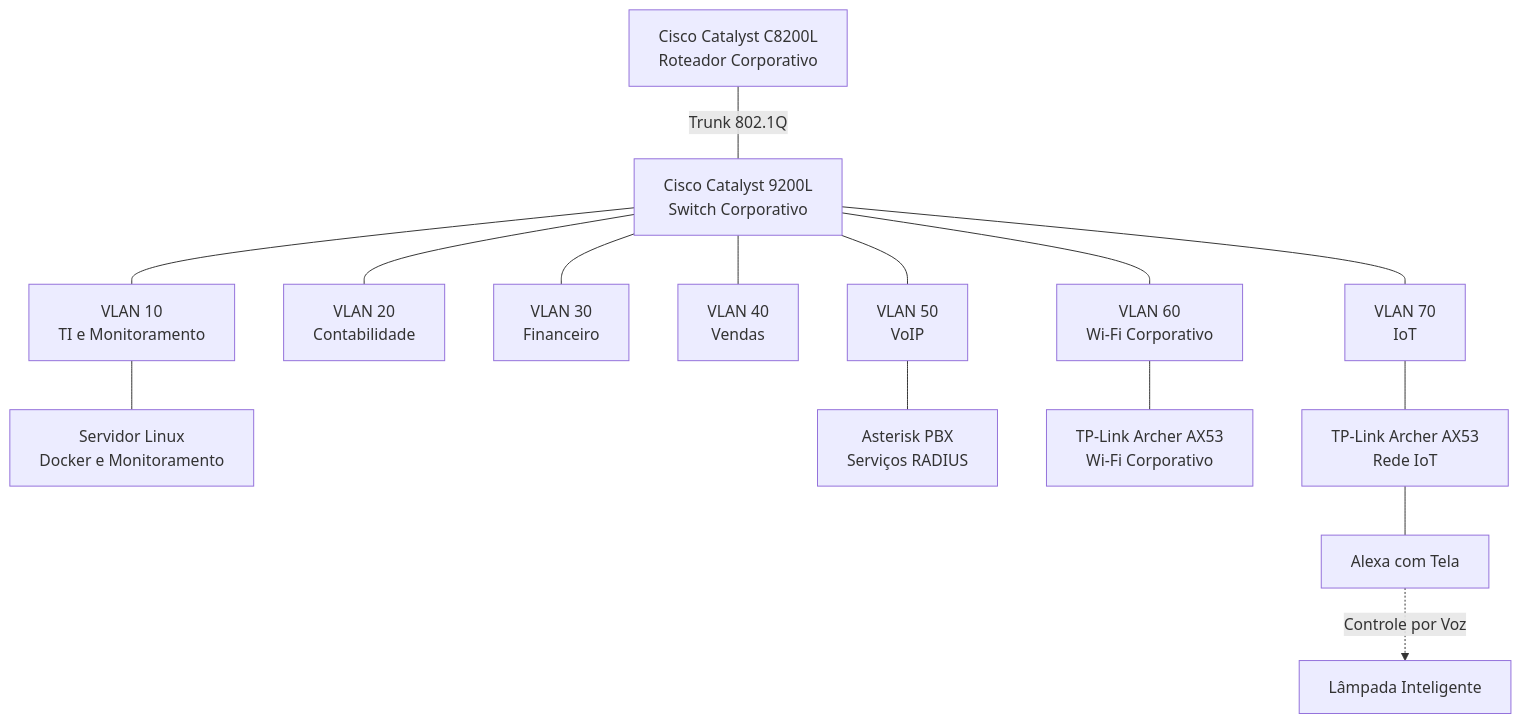
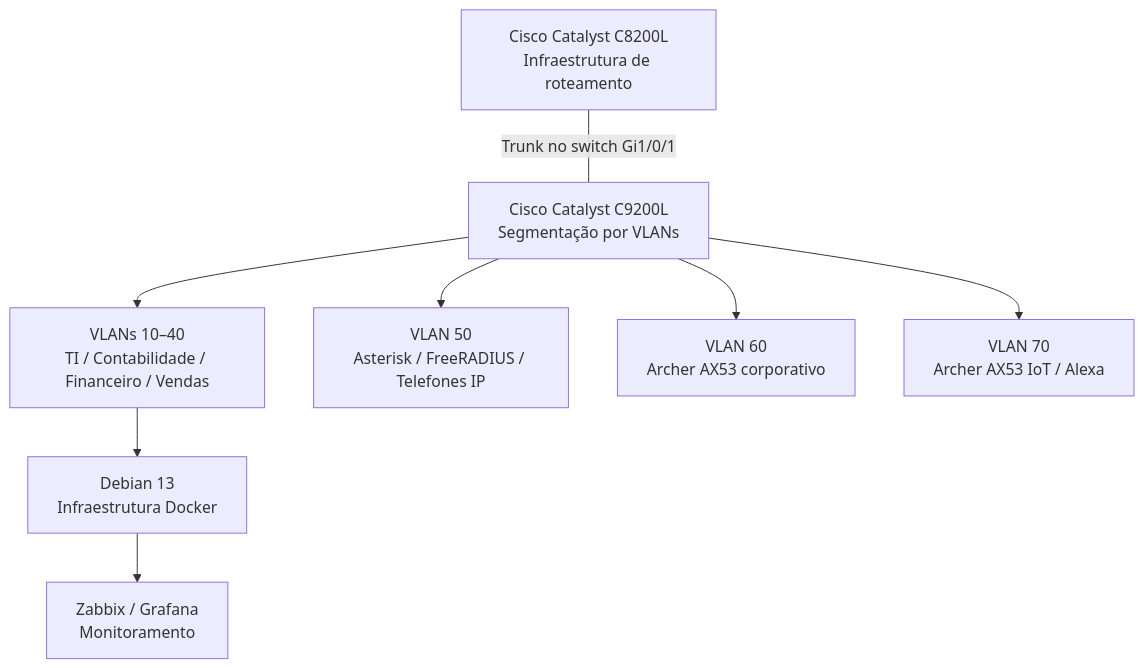
The diagram in docs/pt-BR/arquitetura/visao-geral-da-infraestrutura.md (kayo-willian/enterprise-noc-from-scratch), drawn with Mermaid before and after one commit. The commit also changed other lines of this file and 19 other files, not shown here.

````diff
--- a/docs/pt-BR/arquitetura/visao-geral-da-infraestrutura.md
+++ b/docs/pt-BR/arquitetura/visao-geral-da-infraestrutura.md
@@ -19,24 +17,18 @@
 ```mermaid
 flowchart TB
-    R["Cisco Catalyst C8200L<br/>Roteador Corporativo"]
-    SW["Cisco Catalyst 9200L<br/>Switch Corporativo"]
-
-    R ---|"Trunk 802.1Q"| SW
-
-    SW --- V10["VLAN 10<br/>TI e Monitoramento"]
-    SW --- V20["VLAN 20<br/>Contabilidade"]
-    SW --- V30["VLAN 30<br/>Financeiro"]
-    SW --- V40["VLAN 40<br/>Vendas"]
-    SW --- V50["VLAN 50<br/>VoIP"]
-    SW --- V60["VLAN 60<br/>Wi-Fi Corporativo"]
-    SW --- V70["VLAN 70<br/>IoT"]
-
-    V10 --- SERVER["Servidor Linux<br/>Docker e Monitoramento"]
-    V50 --- PBX["Asterisk PBX<br/>Serviços RADIUS"]
-
-    V60 --- WIFI["TP-Link Archer AX53<br/>Wi-Fi Corporativo"]
-    V70 --- IOT["TP-Link Archer AX53<br/>Rede IoT"]
-
-    IOT --- ALEXA["Alexa com Tela"]
-    ALEXA -.->|"Controle por Voz"| LIGHT["Lâmpada Inteligente"]
+    R["Cisco Catalyst C8200L<br/>Infraestrutura de roteamento"]
+    S["Cisco Catalyst C9200L<br/>Segmentação por VLANs"]
+    DEPT["VLANs 10–40<br/>TI / Contabilidade / Financeiro / Vendas"]
+    VOICE["VLAN 50<br/>Asterisk / FreeRADIUS / Telefones IP"]
+    WIFI["VLAN 60<br/>Archer AX53 corporativo"]
+    IOT["VLAN 70<br/>Archer AX53 IoT / Alexa"]
+    NOC["Debian 13<br/>Infraestrutura Docker"]
+    MON["Zabbix / Grafana<br/>Monitoramento"]
+    R ---|"Trunk no switch Gi1/0/1"| S
+    S --> DEPT
+    S --> VOICE
+    S --> WIFI
+    S --> IOT
+    DEPT --> NOC
+    NOC --> MON
 ```
````
